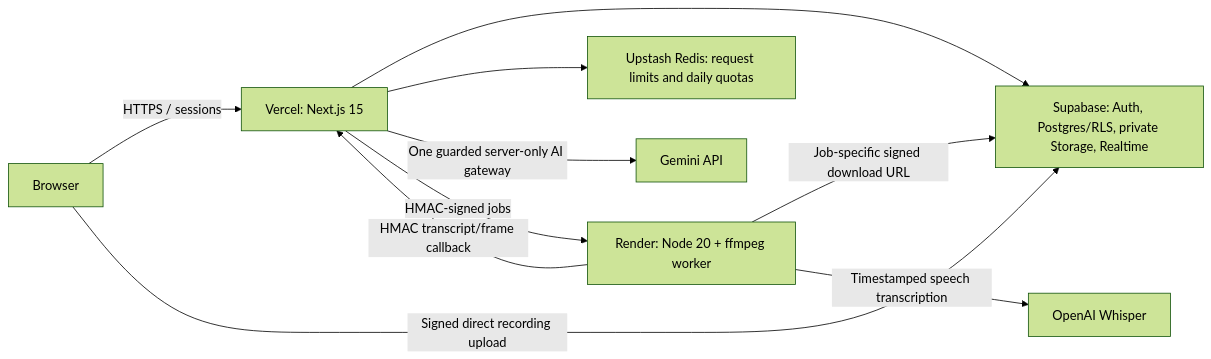
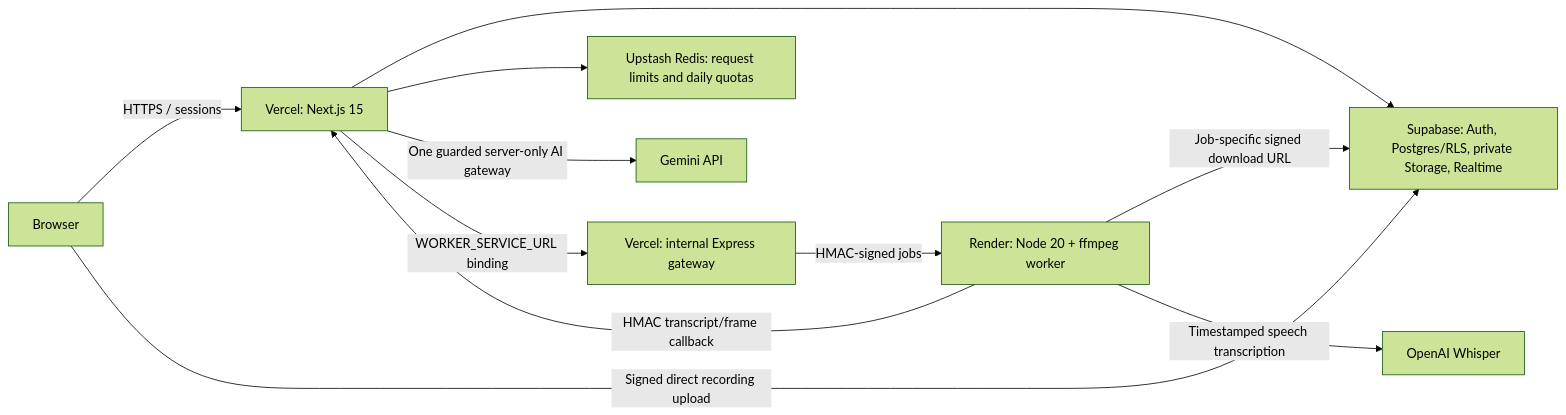
One commit to HafsaAyesha/SQE-tool changed the diagram in README.md. Above: the diagram before and after it, drawn with Mermaid (forest theme). The commit also changed other lines of this file and 12 other files, not shown here.

Commit message:
Configure Vercel services with internal authenticated media gateway

````diff
--- a/README.md
+++ b/README.md
@@ -11,12 +11,13 @@
 ```mermaid
 flowchart LR
     B[Browser] -->|HTTPS / sessions| V[Vercel: Next.js 15]
     B -->|Signed direct recording upload| S[Supabase: Auth, Postgres/RLS, private Storage, Realtime]
     V --> S
     V --> R[Upstash Redis: request limits and daily quotas]
     V -->|One guarded server-only AI gateway| G[Gemini API]
-    V -->|HMAC-signed jobs| W[Render: Node 20 + ffmpeg worker]
+    V -->|WORKER_SERVICE_URL binding| GW[Vercel: internal Express gateway]
+    GW -->|HMAC-signed jobs| W[Render: Node 20 + ffmpeg worker]
     W -->|Job-specific signed download URL| S
     W -->|Timestamped speech transcription| O[OpenAI Whisper]
     W -->|HMAC transcript/frame callback| V
 ```
````
